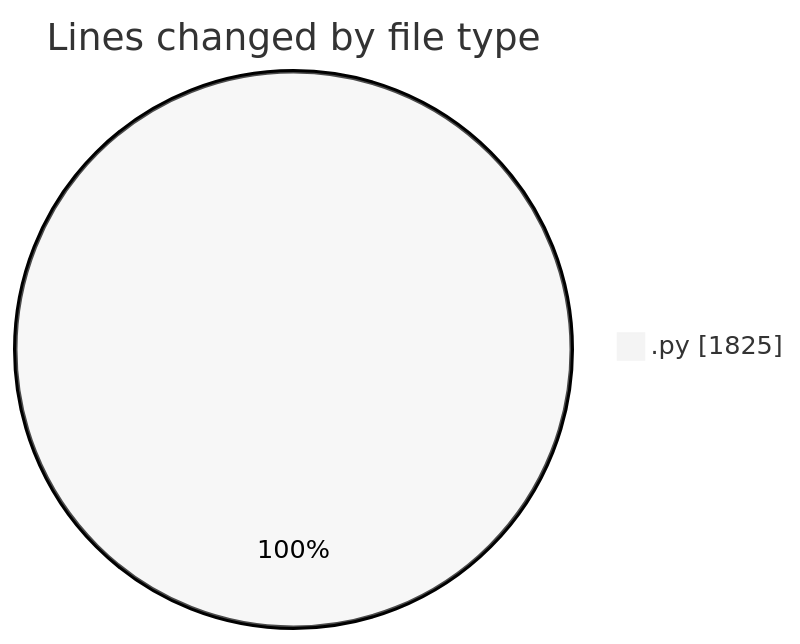
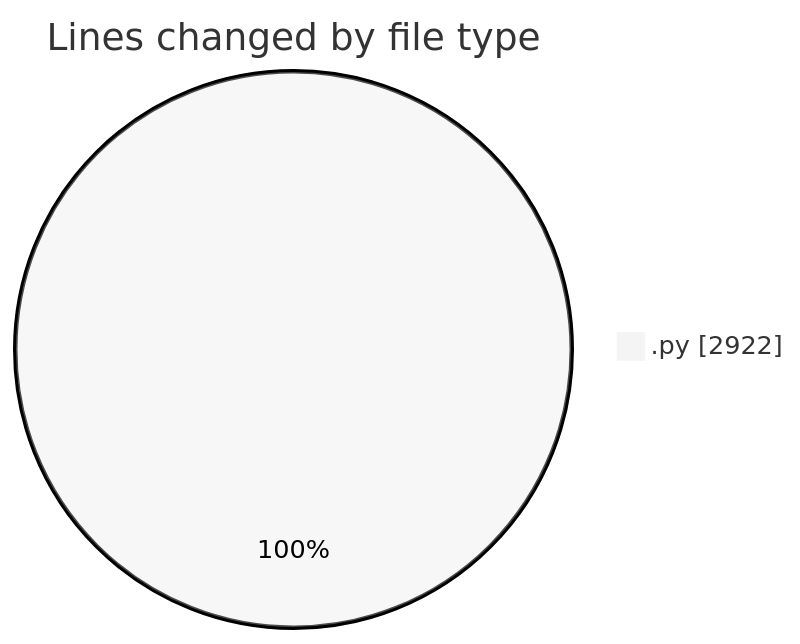
The first of 2 diagrams in 2025-05-08/myws__workspace_/README.md (MatusMokan/code-tracking), drawn with Mermaid (neutral theme) before and after one commit. The commit also changed other lines of this file and 1 other file, not shown here.

````diff
--- a/2025-05-08/myws__workspace_/README.md
+++ b/2025-05-08/myws__workspace_/README.md
@@ -22,5 +23,5 @@
 ```mermaid
 pie showData
 title Lines changed by file type
-".py" : 1825
+".py" : 2922
 ```
````
